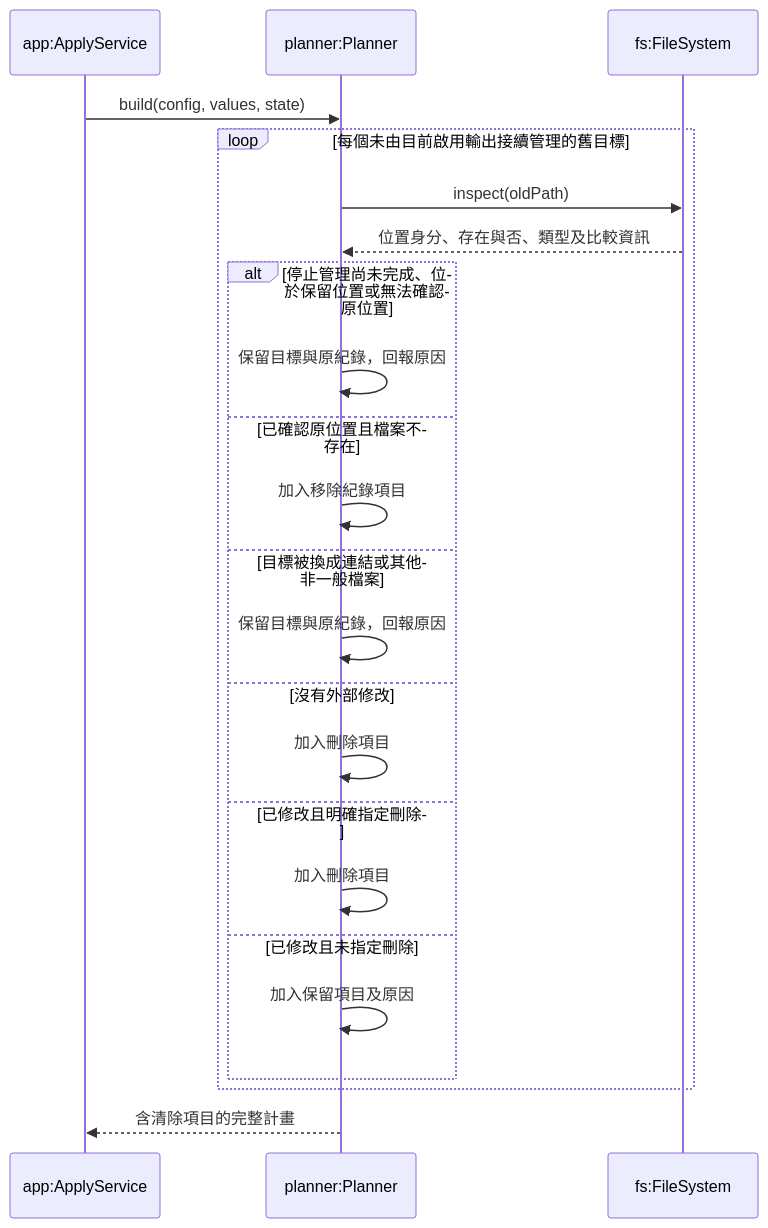
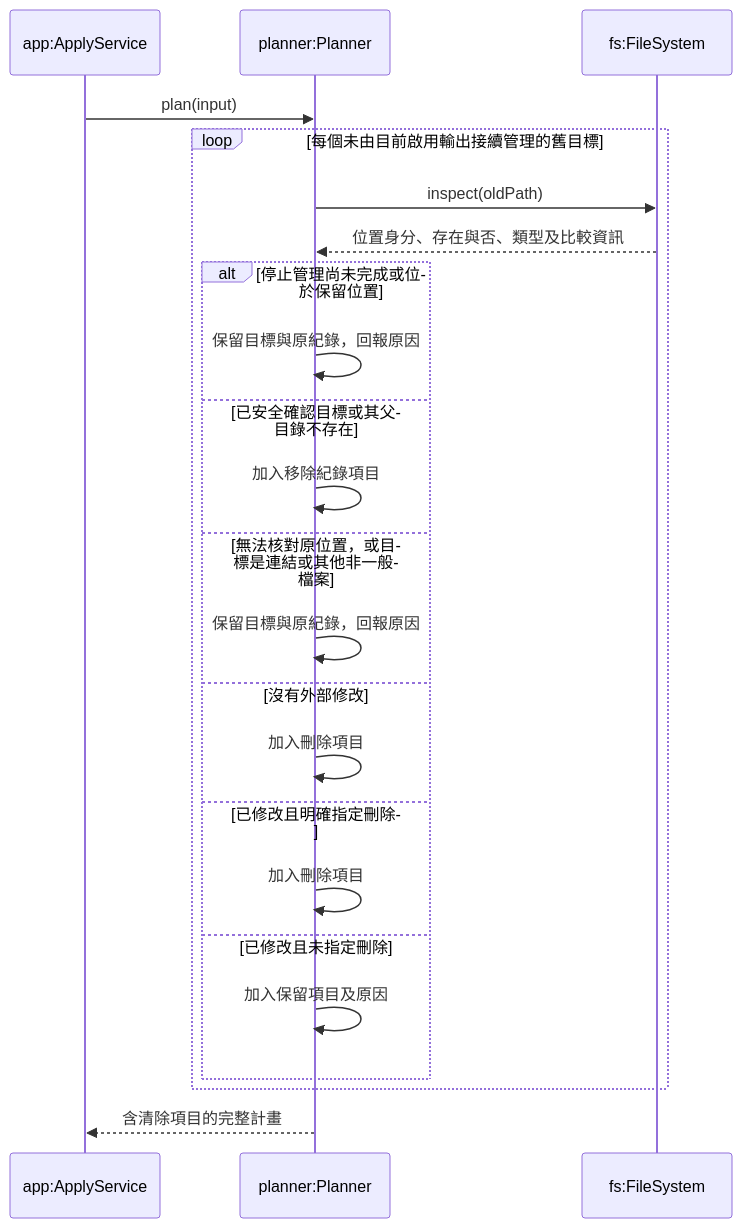
The eighth of 10 diagrams in docs/03-preliminary-design/uml.md (accidental-two-timer-sam-woof/rosamta-waterfall), drawn with Mermaid before and after one commit. The commit also changed other lines of this file, not shown here.

````diff
--- a/docs/03-preliminary-design/uml.md
+++ b/docs/03-preliminary-design/uml.md
@@ -537,25 +555,25 @@
 ```mermaid
 sequenceDiagram
     participant A as app:ApplyService
     participant P as planner:Planner
     participant F as fs:FileSystem
-    A->>P: build(config, values, state)
+    A->>P: plan(input)
     loop 每個未由目前啟用輸出接續管理的舊目標
         P->>F: inspect(oldPath)
         F-->>P: 位置身分、存在與否、類型及比較資訊
-        alt 停止管理尚未完成、位於保留位置或無法確認原位置
+        alt 停止管理尚未完成或位於保留位置
             P->>P: 保留目標與原紀錄，回報原因
-        else 已確認原位置且檔案不存在
+        else 已安全確認目標或其父目錄不存在
             P->>P: 加入移除紀錄項目
-        else 目標被換成連結或其他非一般檔案
+        else 無法核對原位置，或目標是連結或其他非一般檔案
             P->>P: 保留目標與原紀錄，回報原因
         else 沒有外部修改
             P->>P: 加入刪除項目
         else 已修改且明確指定刪除
             P->>P: 加入刪除項目
         else 已修改且未指定刪除
             P->>P: 加入保留項目及原因
         end
     end
     P-->>A: 含清除項目的完整計畫
 ```
````
